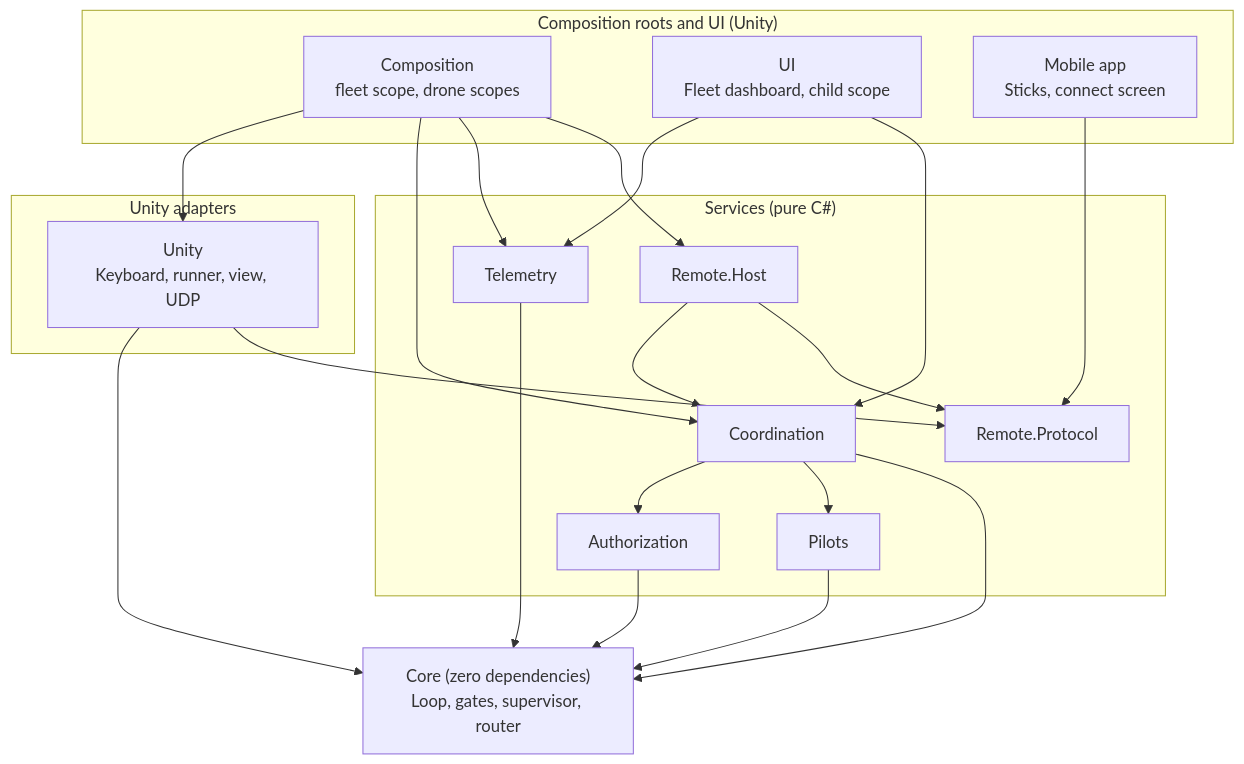
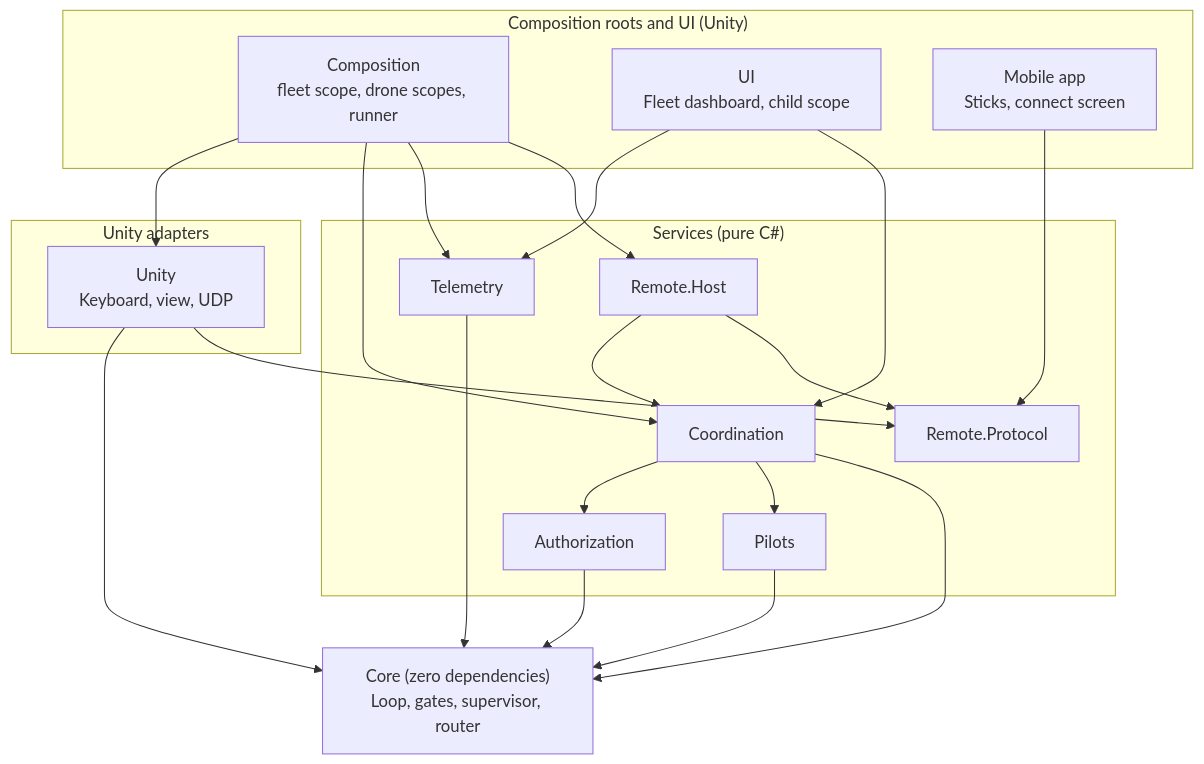
The first of 4 diagrams in Docs/Architecture.md (AlanKolic/DroneFlightModule), drawn with Mermaid before and after one commit. The commit also changed other lines of this file and 41 other files, not shown here.

Commit message:
Add Unity runtime: keyboard input, smoothed drone view and prototype scene

````diff
--- a/Docs/Architecture.md
+++ b/Docs/Architecture.md
@@ -23,30 +23,30 @@
 ```mermaid
 flowchart TB
     subgraph Roots["Composition roots and UI (Unity)"]
-        Comp["Composition<br/>fleet scope, drone scopes"]
+        Comp["Composition<br/>fleet scope, drone scopes, runner"]
         UI["UI<br/>Fleet dashboard, child scope"]
         Mobile["Mobile app<br/>Sticks, connect screen"]
     end
     subgraph Adapters["Unity adapters"]
-        Unity["Unity<br/>Keyboard, runner, view, UDP"]
+        Unity["Unity<br/>Keyboard, view, UDP"]
     end
     subgraph Services["Services (pure C#)"]
         Coord["Coordination"]
         Auth["Authorization"]
         Pilots["Pilots"]
         Tele["Telemetry"]
         Host["Remote.Host"]
         Proto["Remote.Protocol"]
     end
     Core["Core (zero dependencies)<br/>Loop, gates, supervisor, router"]
 
     Comp --> Unity & Coord & Tele & Host
     UI --> Tele & Coord
     Mobile --> Proto
     Unity --> Core & Proto
     Coord --> Auth & Pilots & Core
     Auth --> Core
     Pilots --> Core
     Tele --> Core
     Host --> Coord & Proto
 ```
````
